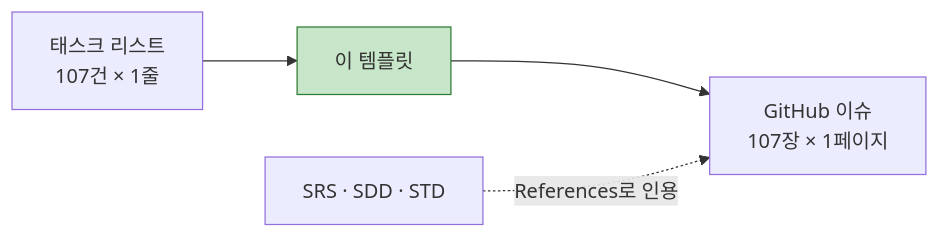
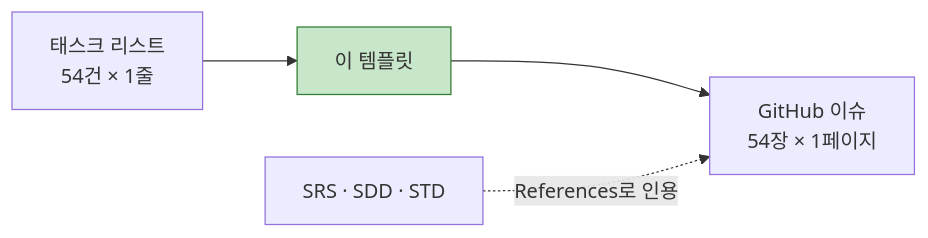
One commit to maybeaj/cardfit-prd-to-srs changed the diagram in docs/[GitHub 프로젝트용 TASK 템플릿] CardFit.md. Above: the diagram before and after it, drawn with Mermaid. The commit also changed other lines of this file and 8 other files, not shown here.

First line of the commit message:
refactor: 태스크 리스트 v2.1 — 대시보드 구현 보완 및 구 정보 전면 정리

````diff
--- a/docs/[GitHub 프로젝트용 TASK 템플릿] CardFit.md
+++ b/docs/[GitHub 프로젝트용 TASK 템플릿] CardFit.md
@@ -21,7 +21,7 @@
 ```mermaid
 flowchart LR
-    T["태스크 리스트<br/>107건 × 1줄"] --> TPL["이 템플릿"]
-    TPL --> I["GitHub 이슈<br/>107장 × 1페이지"]
+    T["태스크 리스트<br/>54건 × 1줄"] --> TPL["이 템플릿"]
+    TPL --> I["GitHub 이슈<br/>54장 × 1페이지"]
     S["SRS · SDD · STD"] -.->|"References로 인용"| I
     style TPL fill:#C8E6C9,stroke:#2E7D32
 ```
````
